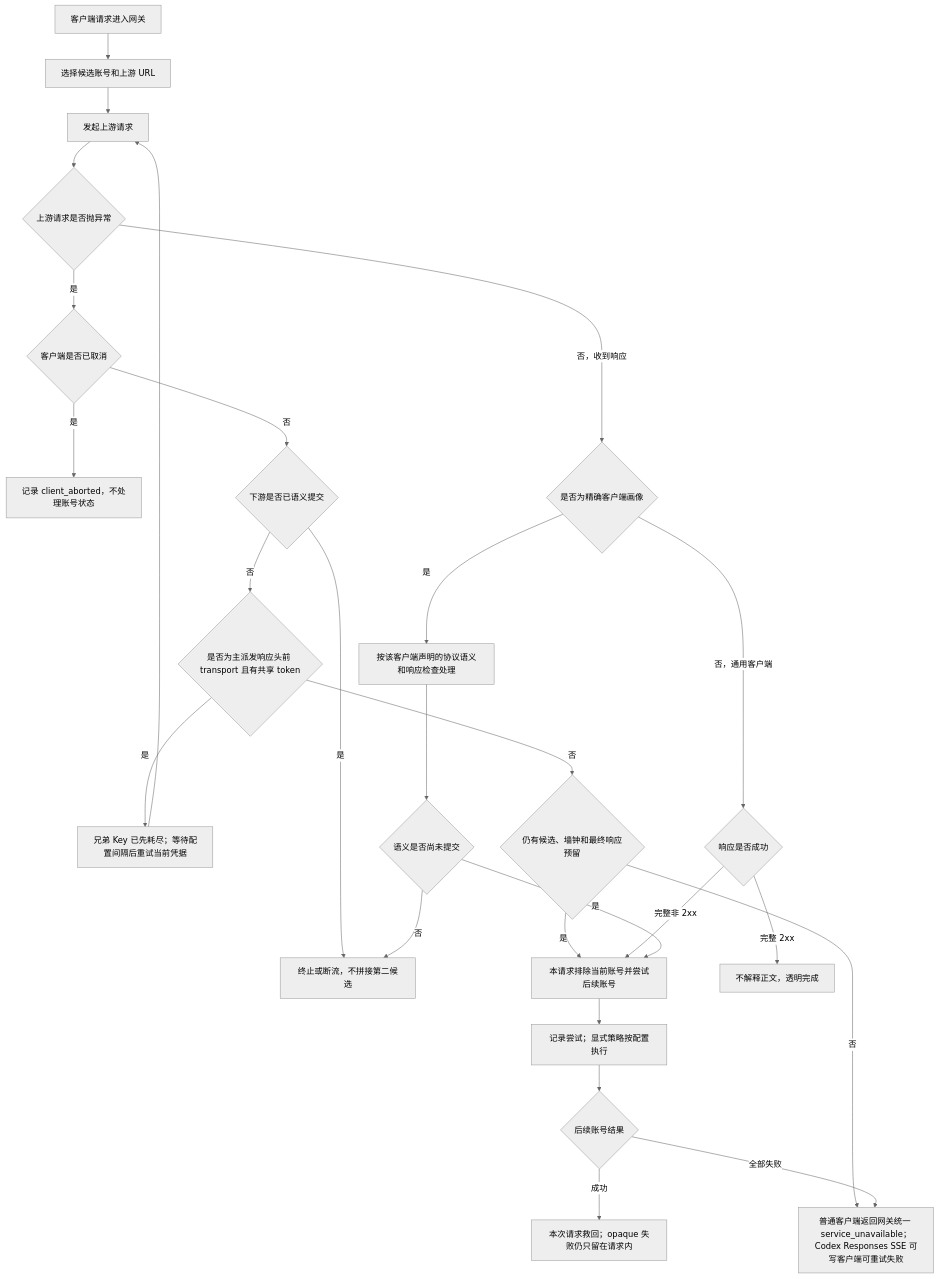
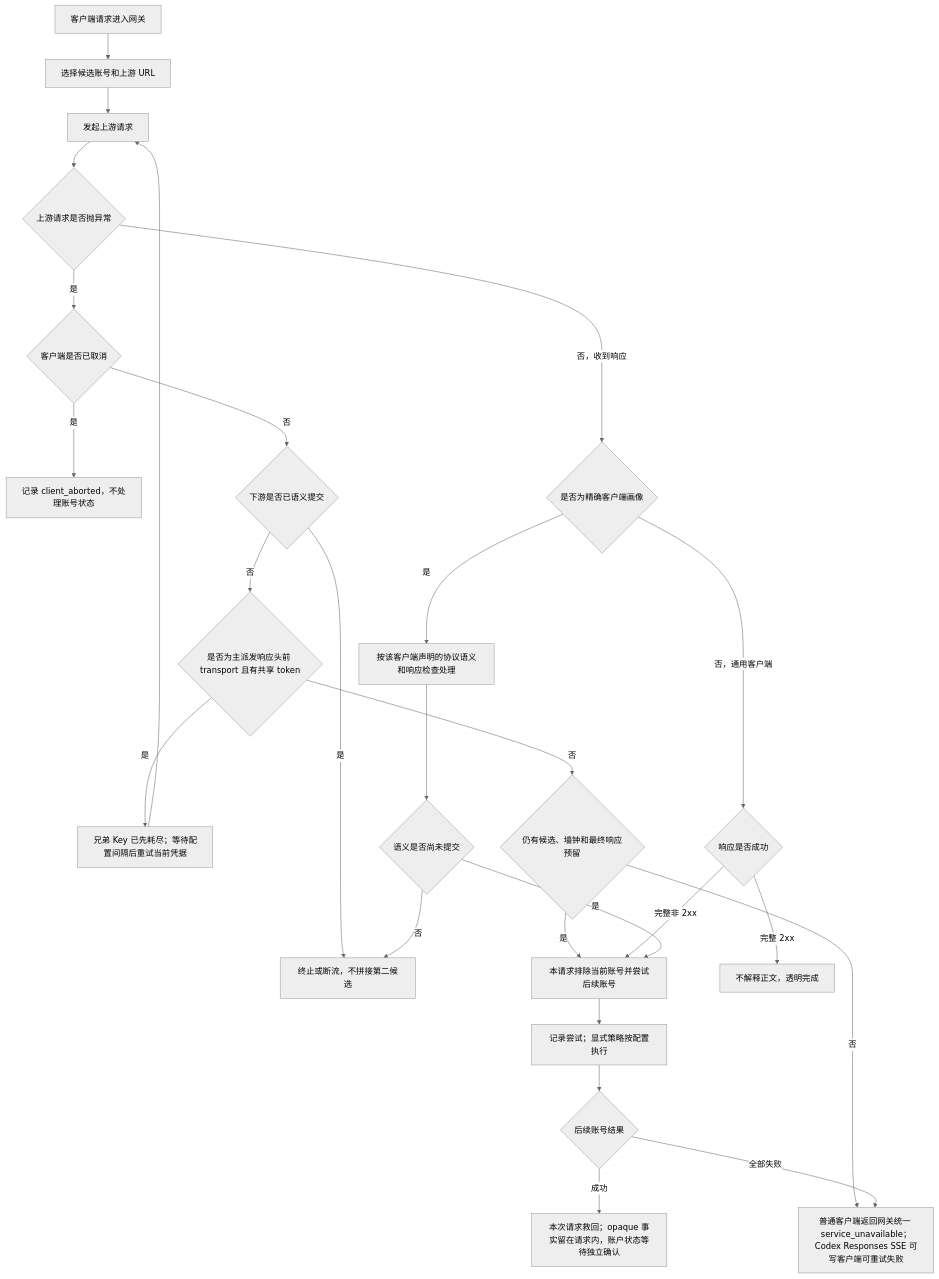
One commit to huanmin123/juhe-ai changed the first of 3 diagrams in docs/functions/网关异常重试与兜底策略.md. Above: the diagram before and after it, drawn with Mermaid (neutral theme). The commit also changed other lines of this file and 238 other files, not shown here.

````diff
--- a/docs/functions/网关异常重试与兜底策略.md
+++ b/docs/functions/网关异常重试与兜底策略.md
@@ -59,29 +59,29 @@
 ```mermaid
 flowchart TD
   A["客户端请求进入网关"] --> B["选择候选账号和上游 URL"]
   B --> C["发起上游请求"]
   C --> D{"上游请求是否抛异常"}
   D -- "是" --> E{"客户端是否已取消"}
   E -- "是" --> F["记录 client_aborted，不处理账号状态"]
   E -- "否" --> Q{"下游是否已语义提交"}
   Q -- "是" --> S["终止或断流，不拼接第二候选"]
   Q -- "否" --> I{"是否为主派发响应头前 transport 且有共享 token"}
   I -- "是" --> I1["兄弟 Key 已先耗尽；等待配置间隔后重试当前凭据"]
   I -- "否" --> I2{"仍有候选、墙钟和最终响应预留"}
   I2 -- "是" --> X
   I2 -- "否" --> W
 
   D -- "否，收到响应" --> J{"是否为精确客户端画像"}
   J -- "否，通用客户端" --> G{"响应是否成功"}
   G -- "完整 2xx" --> K["不解释正文，透明完成"]
   G -- "完整非 2xx" --> X["只在本请求排除当前 Key/账号并尝试后续候选"]
   J -- "是" --> L["按该客户端声明的协议语义和响应检查处理"]
   L --> R{"语义是否尚未提交"}
   R -- "是" --> X["本请求排除当前账号并尝试后续账号"]
   R -- "否" --> S
   X --> P["记录尝试；显式策略按配置执行"]
   P --> T{"后续账号结果"}
   I1 --> C
-  T -- "成功" --> U["本次请求救回；opaque 失败仍只留在请求内"]
+  T -- "成功" --> U["本次请求救回；opaque 事实留在请求内，账户状态等待独立确认"]
   T -- "全部失败" --> W["普通客户端返回网关统一 service_unavailable；Codex Responses SSE 可写客户端可重试失败"]
 ```
````
